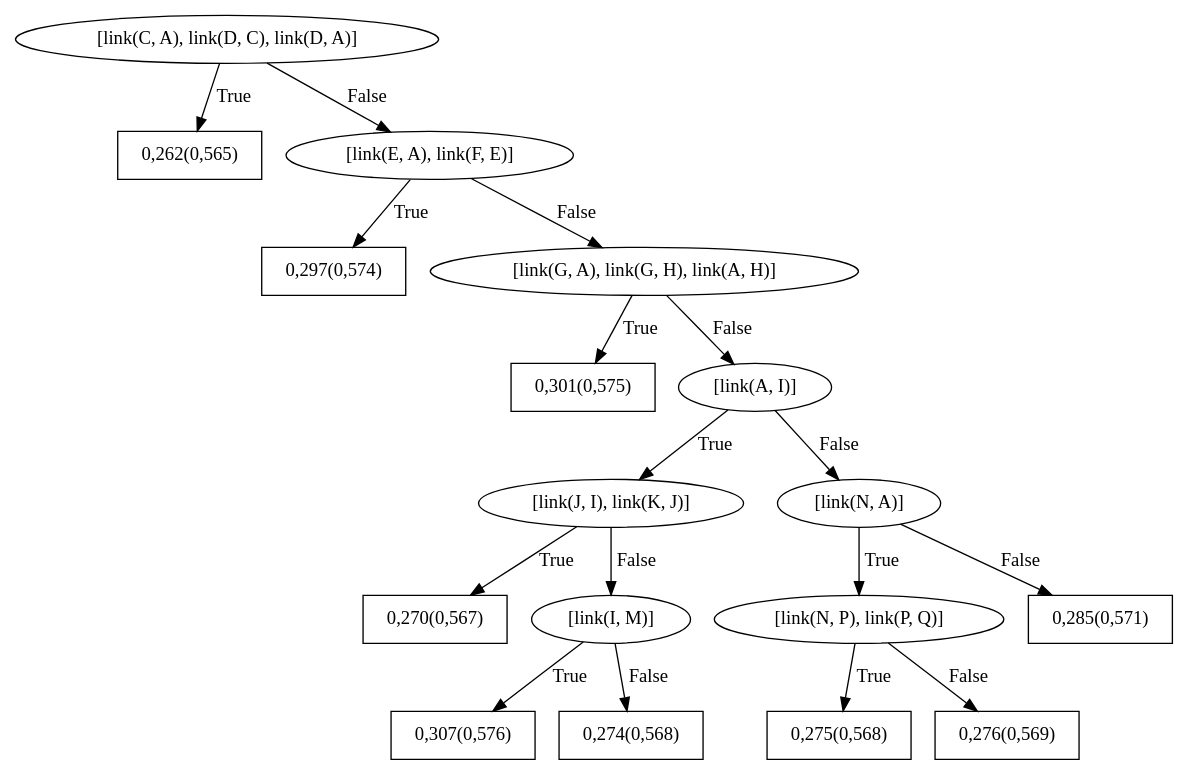
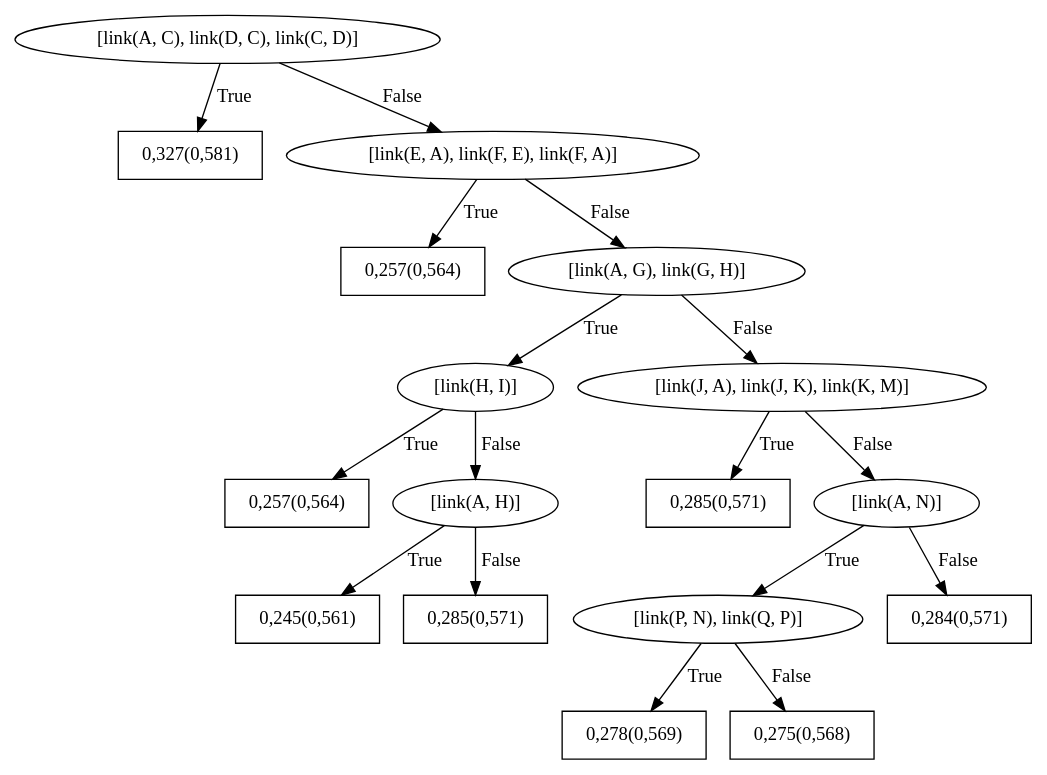
One commit to GabrielaPC/Trabalho-SRL changed the diagram in SRLBoost/data/citeseer/train/models/bRDNs/dotFiles/WILLTreeFor_hasCat4.dot. Above: the diagram before and after it, drawn with Graphviz. The commit also changed 63 other files, not shown here.

```diff
--- a/SRLBoost/data/citeseer/train/models/bRDNs/dotFiles/WILLTreeFor_hasCat4.dot
+++ b/SRLBoost/data/citeseer/train/models/bRDNs/dotFiles/WILLTreeFor_hasCat4.dot
@@ -1,35 +1,35 @@
 digraph G{ 
-1[label = "[link(C, A), link(D, C), link(D, A)]"];
+1[label = "[link(A, C), link(D, C), link(C, D)]"];
 1 -> 2[label="True"];
 1 -> 3[label="False"];
-2[shape = box,label = "0,262(0,565)"];
-3[label = "[link(E, A), link(F, E)]"];
+2[shape = box,label = "0,327(0,581)"];
+3[label = "[link(E, A), link(F, E), link(F, A)]"];
 3 -> 4[label="True"];
 3 -> 5[label="False"];
-4[shape = box,label = "0,297(0,574)"];
-5[label = "[link(G, A), link(G, H), link(A, H)]"];
+4[shape = box,label = "0,257(0,564)"];
+5[label = "[link(A, G), link(G, H)]"];
 5 -> 6[label="True"];
 5 -> 7[label="False"];
-6[shape = box,label = "0,301(0,575)"];
-7[label = "[link(A, I)]"];
-7 -> 8[label="True"];
-7 -> 9[label="False"];
-8[label = "[link(J, I), link(K, J)]"];
-8 -> 10[label="True"];
-8 -> 11[label="False"];
-10[shape = box,label = "0,270(0,567)"];
-11[label = "[link(I, M)]"];
-11 -> 12[label="True"];
-11 -> 13[label="False"];
-12[shape = box,label = "0,307(0,576)"];
-13[shape = box,label = "0,274(0,568)"];
-9[label = "[link(N, A)]"];
-9 -> 14[label="True"];
-9 -> 15[label="False"];
-14[label = "[link(N, P), link(P, Q)]"];
+6[label = "[link(H, I)]"];
+6 -> 8[label="True"];
+6 -> 9[label="False"];
+8[shape = box,label = "0,257(0,564)"];
+9[label = "[link(A, H)]"];
+9 -> 10[label="True"];
+9 -> 11[label="False"];
+10[shape = box,label = "0,245(0,561)"];
+11[shape = box,label = "0,285(0,571)"];
+7[label = "[link(J, A), link(J, K), link(K, M)]"];
+7 -> 12[label="True"];
+7 -> 13[label="False"];
+12[shape = box,label = "0,285(0,571)"];
+13[label = "[link(A, N)]"];
+13 -> 14[label="True"];
+13 -> 15[label="False"];
+14[label = "[link(P, N), link(Q, P)]"];
 14 -> 16[label="True"];
 14 -> 17[label="False"];
-16[shape = box,label = "0,275(0,568)"];
-17[shape = box,label = "0,276(0,569)"];
-15[shape = box,label = "0,285(0,571)"];
+16[shape = box,label = "0,278(0,569)"];
+17[shape = box,label = "0,275(0,568)"];
+15[shape = box,label = "0,284(0,571)"];
 }
```
